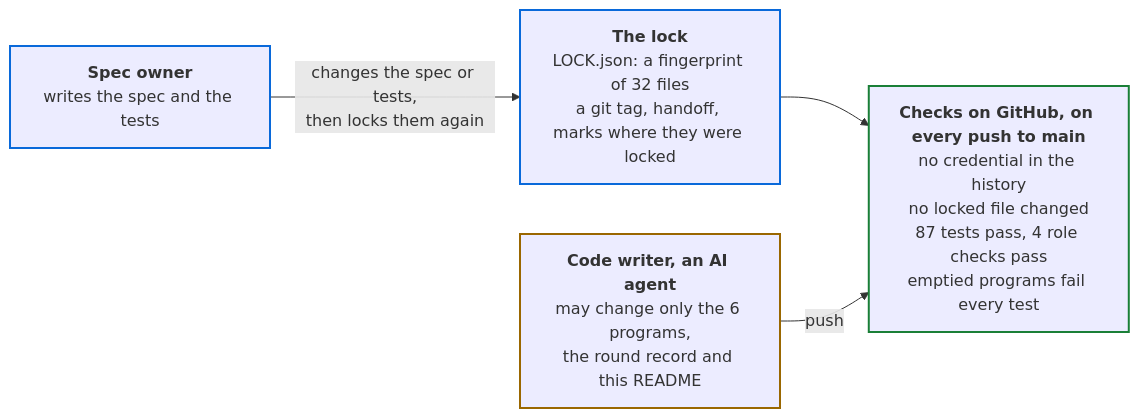
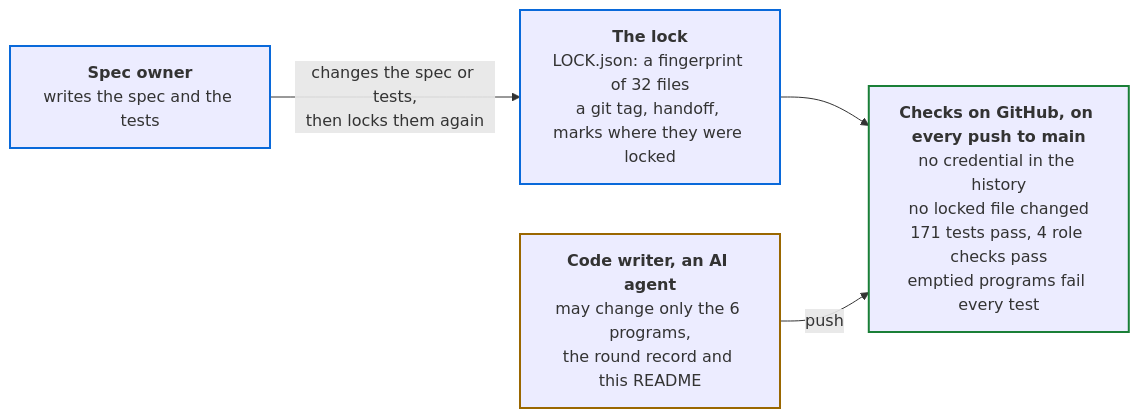
Before and after one commit to PaulDuvall/adlc-security-reviewer: the third of 3 diagrams in README.md, drawn with Mermaid. The commit also changed other lines of this file and 3 other files, not shown here.

````diff
--- a/README.md
+++ b/README.md
@@ -112,16 +114,16 @@
 ```mermaid
 flowchart LR
   so["<b>Spec owner</b><br/>writes the spec and the tests"]
   lock["<b>The lock</b><br/>LOCK.json: a fingerprint of 32 files<br/>a git tag, handoff, marks where they were locked"]
   cw["<b>Code writer, an AI agent</b><br/>may change only the 6 programs,<br/>the round record and this README"]
-  ci["<b>Checks on GitHub, on every push to main</b><br/>no credential in the history<br/>no locked file changed<br/>87 tests pass, 4 role checks pass<br/>emptied programs fail every test"]
+  ci["<b>Checks on GitHub, on every push to main</b><br/>no credential in the history<br/>no locked file changed<br/>171 tests pass, 4 role checks pass<br/>emptied programs fail every test"]
   so -->|"changes the spec or tests,<br/>then locks them again"| lock
   lock --> ci
   cw -->|"push"| ci
   classDef owner stroke:#0969da,stroke-width:2px
   classDef agent stroke:#9a6700,stroke-width:2px
   classDef gate stroke:#1a7f37,stroke-width:2px
   class so,lock owner
   class cw agent
   class ci gate
 ```
````
